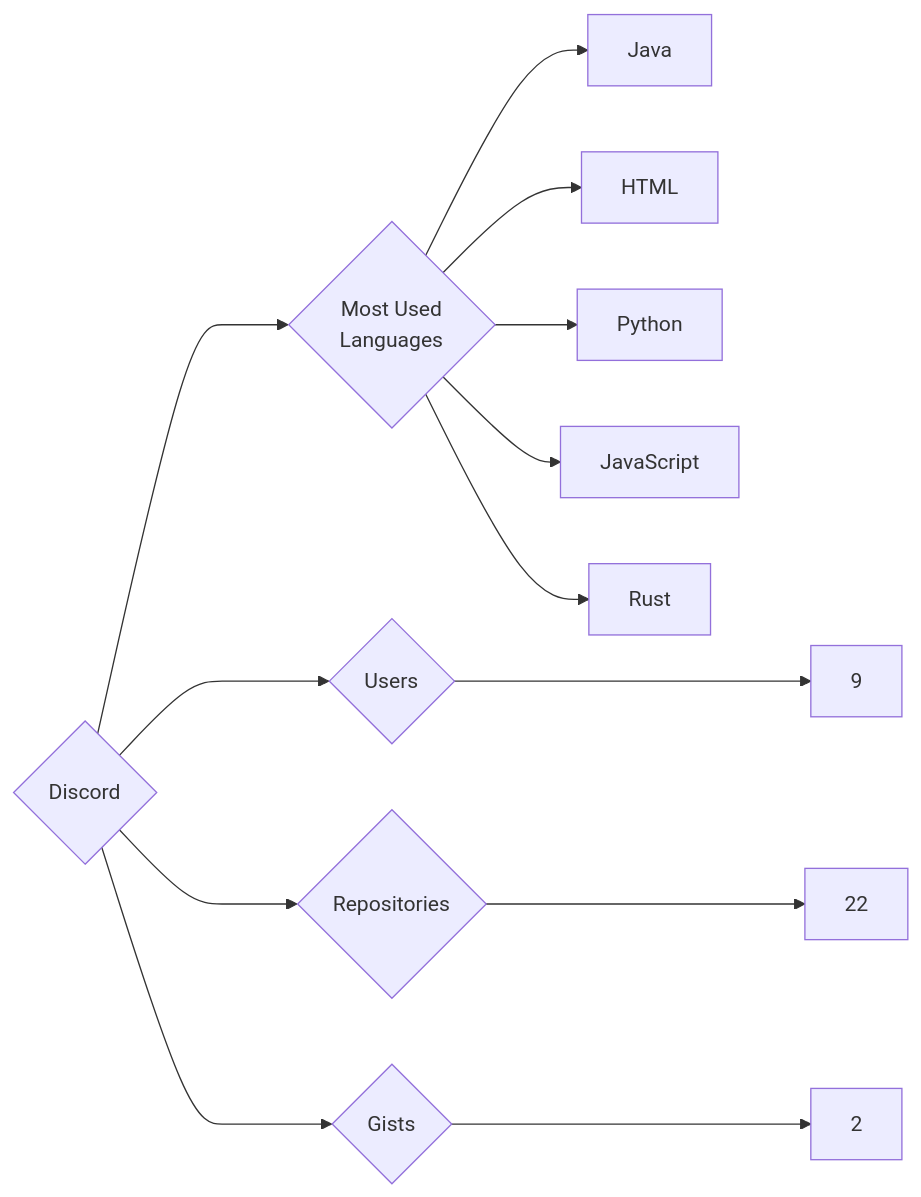
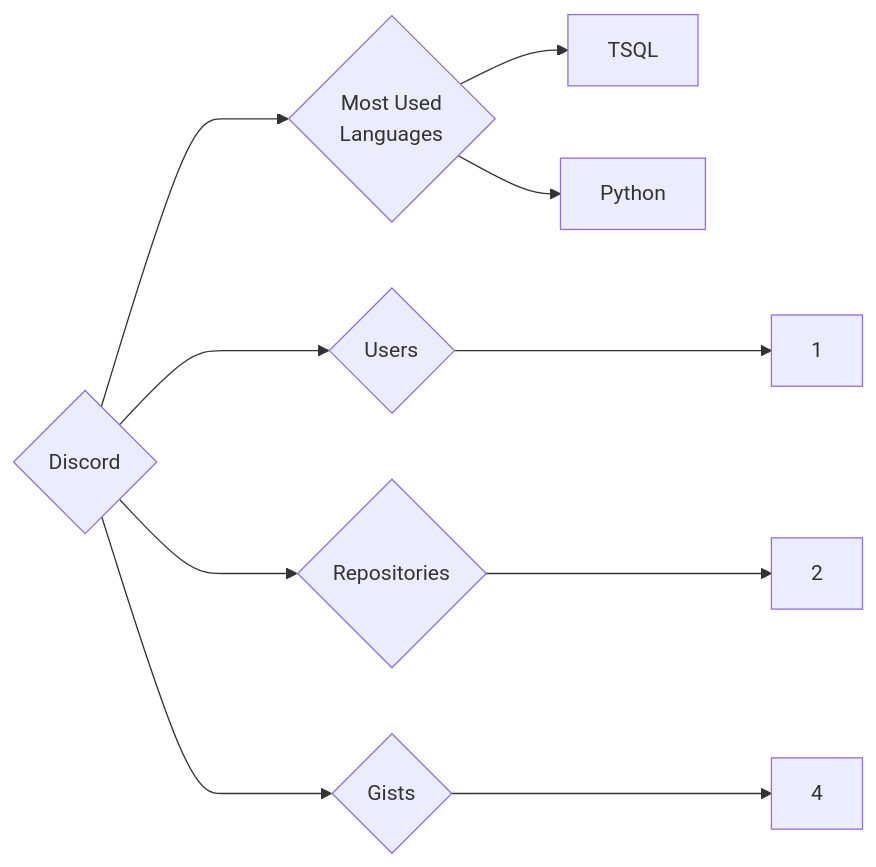
One commit to trickest/insiders changed the diagram in targets/Discord/README.md. Above: the diagram before and after it, drawn with Mermaid. The commit also changed 865 other files, not shown here.

````diff
--- a/targets/Discord/README.md
+++ b/targets/Discord/README.md
@@ -3,13 +3,10 @@
 ```mermaid
 graph LR
 COMPANY_NAME{Discord}
-COMPANY_NAME ---> U{Users} ---> UN[9]
-COMPANY_NAME ---> R{Repositories} ---> RN[22]
-COMPANY_NAME ---> G{Gists} ---> GN[2]
+COMPANY_NAME ---> U{Users} ---> UN[1]
+COMPANY_NAME ---> R{Repositories} ---> RN[2]
+COMPANY_NAME ---> G{Gists} ---> GN[4]
 COMPANY_NAME ---> ML{Most Used<br>Languages}
-ML --> Java[Java]
-ML --> HTML[HTML]
+ML --> TSQL[TSQL]
 ML --> Python[Python]
-ML --> JavaScript[JavaScript]
-ML --> Rust[Rust]
 ```
````
